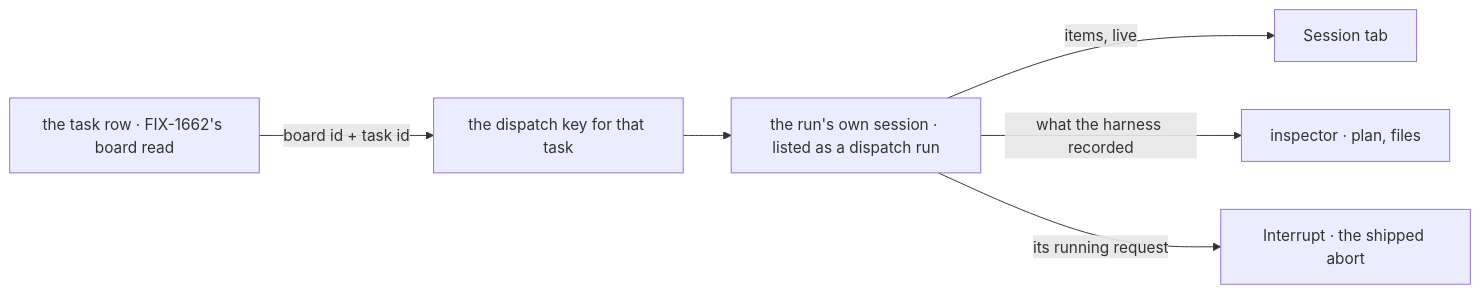
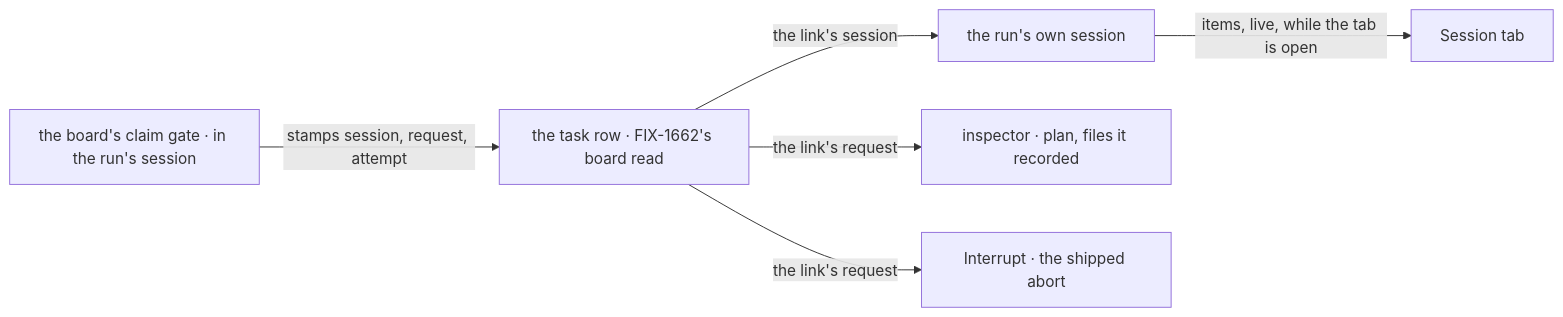
Before and after one commit to fixpoint-labs/flow-state-dev: the second of 2 diagrams in specs/issues/FIX-1664/SPEC.md, drawn with Mermaid. The commit also changed other lines of this file and 6 other files, not shown here.

First line of the commit message:
spec(FIX-1664): amend task-to-run association and metrics source

````diff
--- a/specs/issues/FIX-1664/SPEC.md
+++ b/specs/issues/FIX-1664/SPEC.md
@@ -72,8 +74,8 @@
 ```mermaid
 flowchart LR
-  T["the task row · FIX-1662's board read"] -->|"board id + task id"| K["the dispatch key for that task"]
-  K --> S["the run's own session · listed as a dispatch run"]
-  S -->|"items, live"| V["Session tab"]
-  S -->|"what the harness recorded"| I["inspector · plan, files"]
-  S -->|"its running request"| X["Interrupt · the shipped abort"]
+  G["the board's claim gate · in the run's session"] -->|"stamps session, request, attempt"| T["the task row · FIX-1662's board read"]
+  T -->|"the link's session"| S["the run's own session"]
+  S -->|"items, live, while the tab is open"| V["Session tab"]
+  T -->|"the link's request"| I["inspector · plan, files it recorded"]
+  T -->|"the link's request"| X["Interrupt · the shipped abort"]
 ```
````
